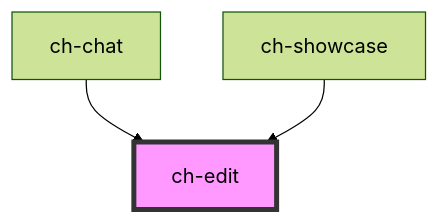
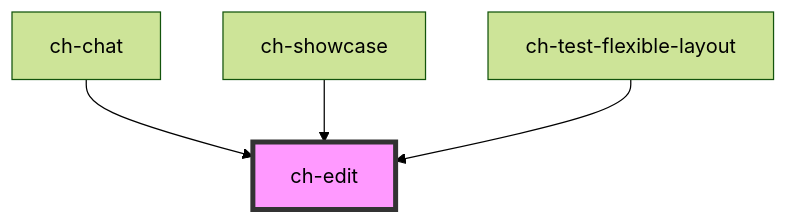
One commit to genexuslabs/chameleon-controls-library changed the diagram in src/components/edit/readme.md. Above: the diagram before and after it, drawn with Mermaid (forest theme). The commit also changed other lines of this file and 3 other files, not shown here.

````diff
--- a/src/components/edit/readme.md
+++ b/src/components/edit/readme.md
@@ -88,6 +89,7 @@
 ```mermaid
 graph TD;
   ch-chat --> ch-edit
   ch-showcase --> ch-edit
+  ch-test-flexible-layout --> ch-edit
   style ch-edit fill:#f9f,stroke:#333,stroke-width:4px
 ```
````
